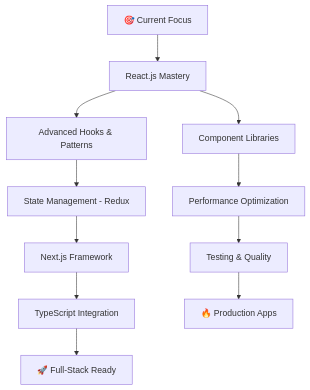
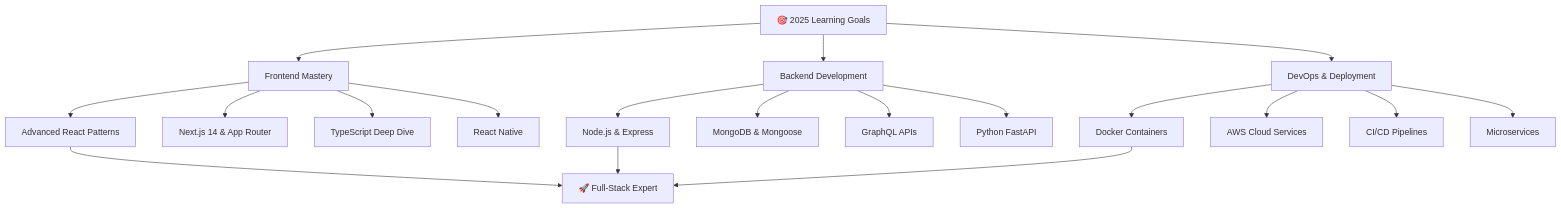
One commit to keerthirajsivashankar/keerthirajsivashankar changed the diagram in README.md. Above: the diagram before and after it, drawn with Mermaid. The commit also changed other lines of this file, not shown here.

````diff
--- a/README.md
+++ b/README.md
@@ -161,14 +236,25 @@
 ```mermaid
-graph TD
-    A[🎯 Current Focus] --> B[React.js Mastery]
-    B --> C[Advanced Hooks & Patterns]
-    C --> D[State Management - Redux]
-    D --> E[Next.js Framework]
-    E --> F[TypeScript Integration]
-    F --> G[🚀 Full-Stack Ready]
+graph TB
+    A[🎯 2025 Learning Goals] --> B[Frontend Mastery]
+    A --> C[Backend Development]
+    A --> D[DevOps & Deployment]
     
-    B --> H[Component Libraries]
-    H --> I[Performance Optimization]
-    I --> J[Testing & Quality]
-    J --> K[🔥 Production Apps]
+    B --> B1[Advanced React Patterns]
+    B --> B2[Next.js 14 & App Router]
+    B --> B3[TypeScript Deep Dive]
+    B --> B4[React Native]
+    
+    C --> C1[Node.js & Express]
+    C --> C2[MongoDB & Mongoose]
+    C --> C3[GraphQL APIs]
+    C --> C4[Python FastAPI]
+    
+    D --> D1[Docker Containers]
+    D --> D2[AWS Cloud Services]
+    D --> D3[CI/CD Pipelines]
+    D --> D4[Microservices]
+    
+    B1 --> E[🚀 Full-Stack Expert]
+    C1 --> E
+    D1 --> E
 ```
````
